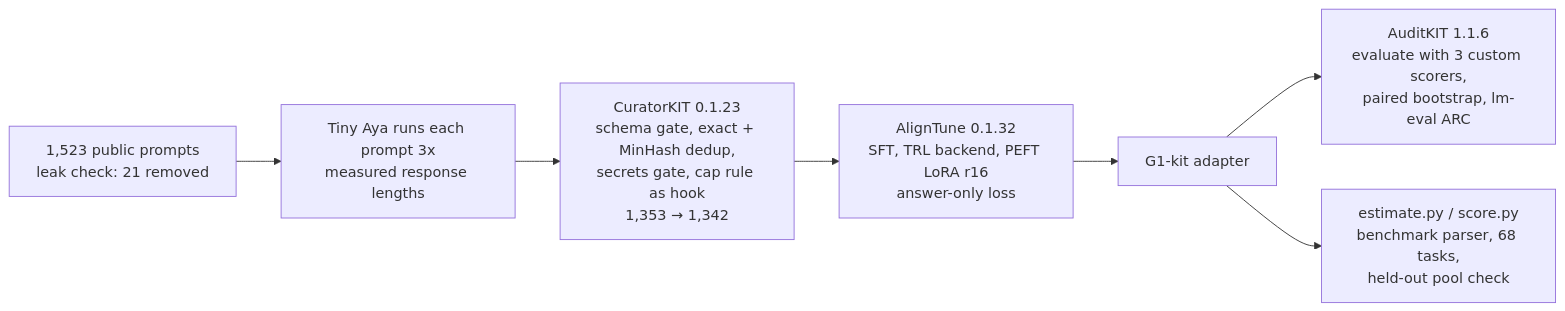
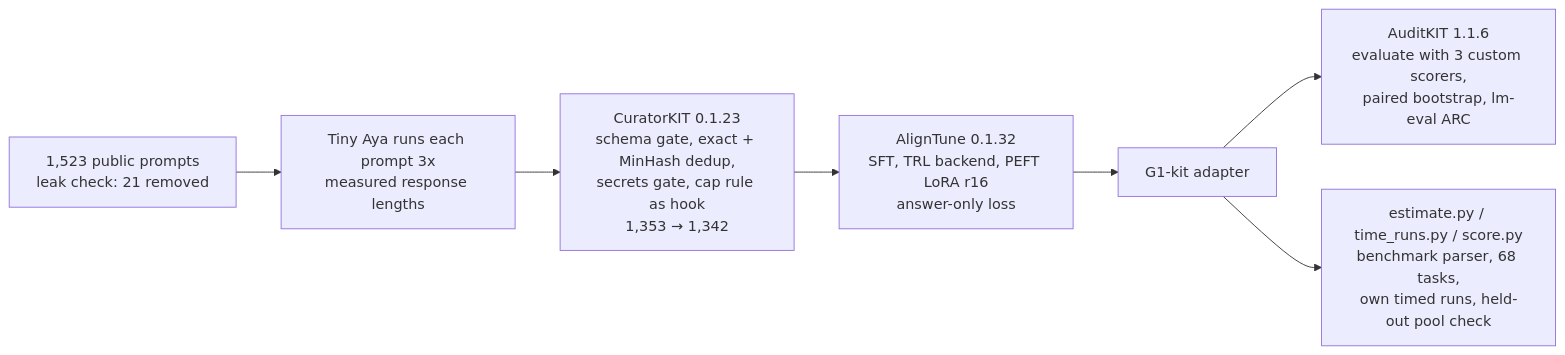
One commit to isHeSatoshi/anthropochrony changed the diagram in paper/article.md. Above: the diagram before and after it, drawn with Mermaid. The commit also changed other lines of this file and 22 other files, not shown here.

First line of the commit message:
G1-kit only: its own timed runs, other speeds, sampled answers and GGUF

````diff
--- a/paper/article.md
+++ b/paper/article.md
@@ -71,9 +70,9 @@
 ```mermaid
 flowchart LR
   A[1,523 public prompts<br/>leak check: 21 removed] --> B[Tiny Aya runs each prompt 3x<br/>measured response lengths]
   B --> C[CuratorKIT 0.1.23<br/>schema gate, exact + MinHash dedup,<br/>secrets gate, cap rule as hook<br/>1,353 → 1,342]
   C --> D[AlignTune 0.1.32<br/>SFT, TRL backend, PEFT LoRA r16<br/>answer-only loss]
   D --> E[G1-kit adapter]
   E --> F[AuditKIT 1.1.6<br/>evaluate with 3 custom scorers,<br/>paired bootstrap, lm-eval ARC]
-  E --> G[estimate.py / score.py<br/>benchmark parser, 68 tasks,<br/>held-out pool check]
+  E --> G[estimate.py / time_runs.py / score.py<br/>benchmark parser, 68 tasks,<br/>own timed runs, held-out pool check]
 ```
````
